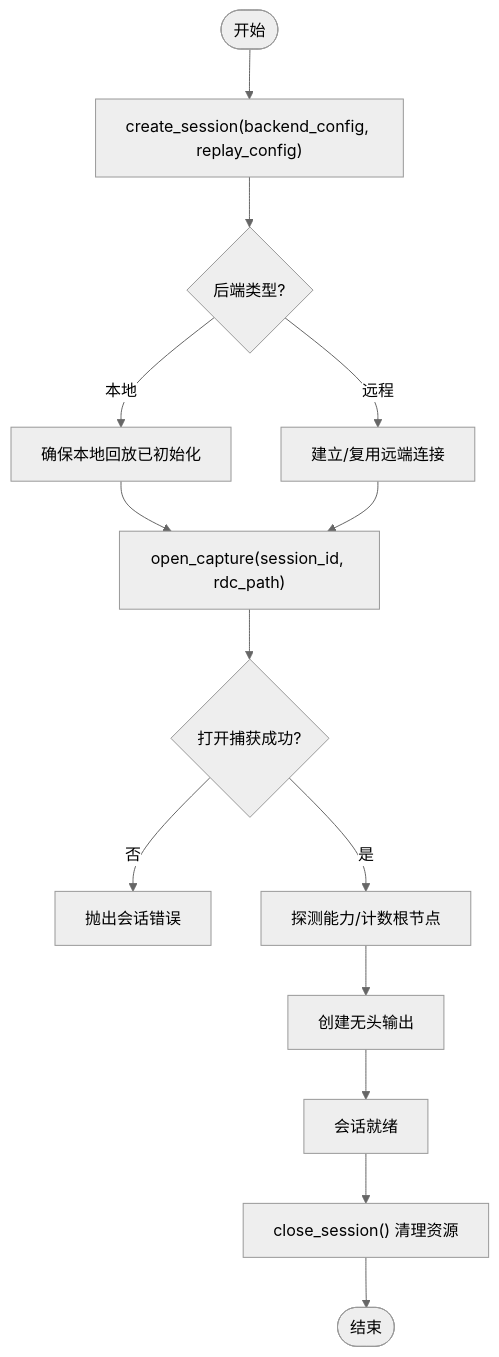
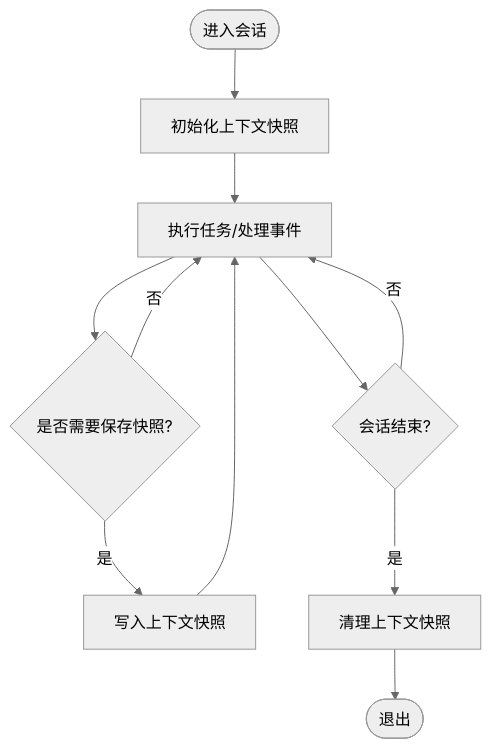
The third of 11 diagrams in .qoder/repowiki/zh/content/核心概念/核心概念.md (haolange/RDC-Tool), drawn with Mermaid (neutral theme) before and after one commit. The commit also changed other lines of this file and 180 other files, not shown here.

````diff
--- a/.qoder/repowiki/zh/content/核心概念/核心概念.md
+++ b/.qoder/repowiki/zh/content/核心概念/核心概念.md
@@ -139,16 +361,13 @@
 ```mermaid
 flowchart TD
-Start(["开始"]) --> Create["create_session(backend_config, replay_config)"]
-Create --> Backend{"后端类型?"}
-Backend --> |本地| InitLocal["确保本地回放已初始化"]
-Backend --> |远程| InitRemote["建立/复用远端连接"]
-InitLocal --> OpenCap["open_capture(session_id, rdc_path)"]
-InitRemote --> OpenCap
-OpenCap --> CapOpen{"打开捕获成功?"}
-CapOpen --> |否| Err["抛出会话错误"]
-CapOpen --> |是| Probe["探测能力/计数根节点"]
-Probe --> Headless["创建无头输出"]
-Headless --> Ready["会话就绪"]
-Ready --> Close["close_session() 清理资源"]
-Close --> End(["结束"])
+START(["进入会话"]) --> INIT["初始化上下文快照"]
+INIT --> RUN_TASK["执行任务/处理事件"]
+RUN_TASK --> CHECKPOINT{"是否需要保存快照?"}
+CHECKPOINT --> |是| SAVE["写入上下文快照"]
+CHECKPOINT --> |否| RUN_TASK
+SAVE --> RUN_TASK
+RUN_TASK --> END_SESSION{"会话结束?"}
+END_SESSION --> |否| RUN_TASK
+END_SESSION --> |是| CLEANUP["清理上下文快照"]
+CLEANUP --> EXIT(["退出"])
 ```
````
